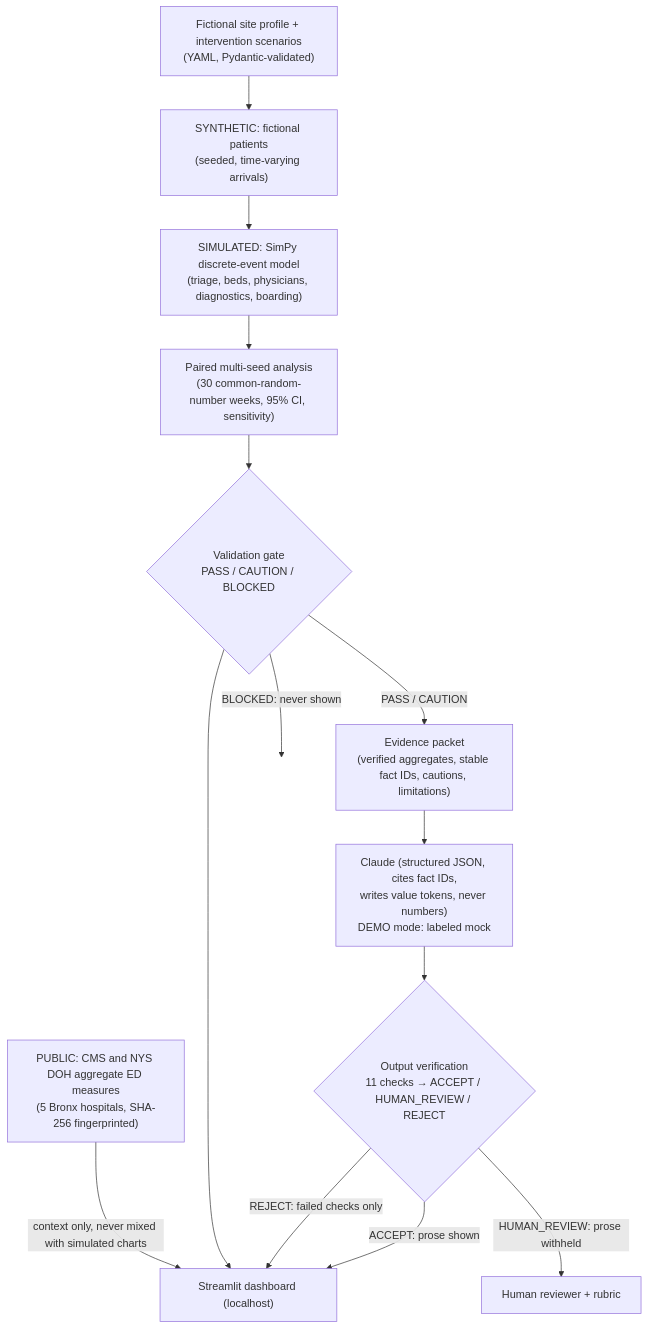
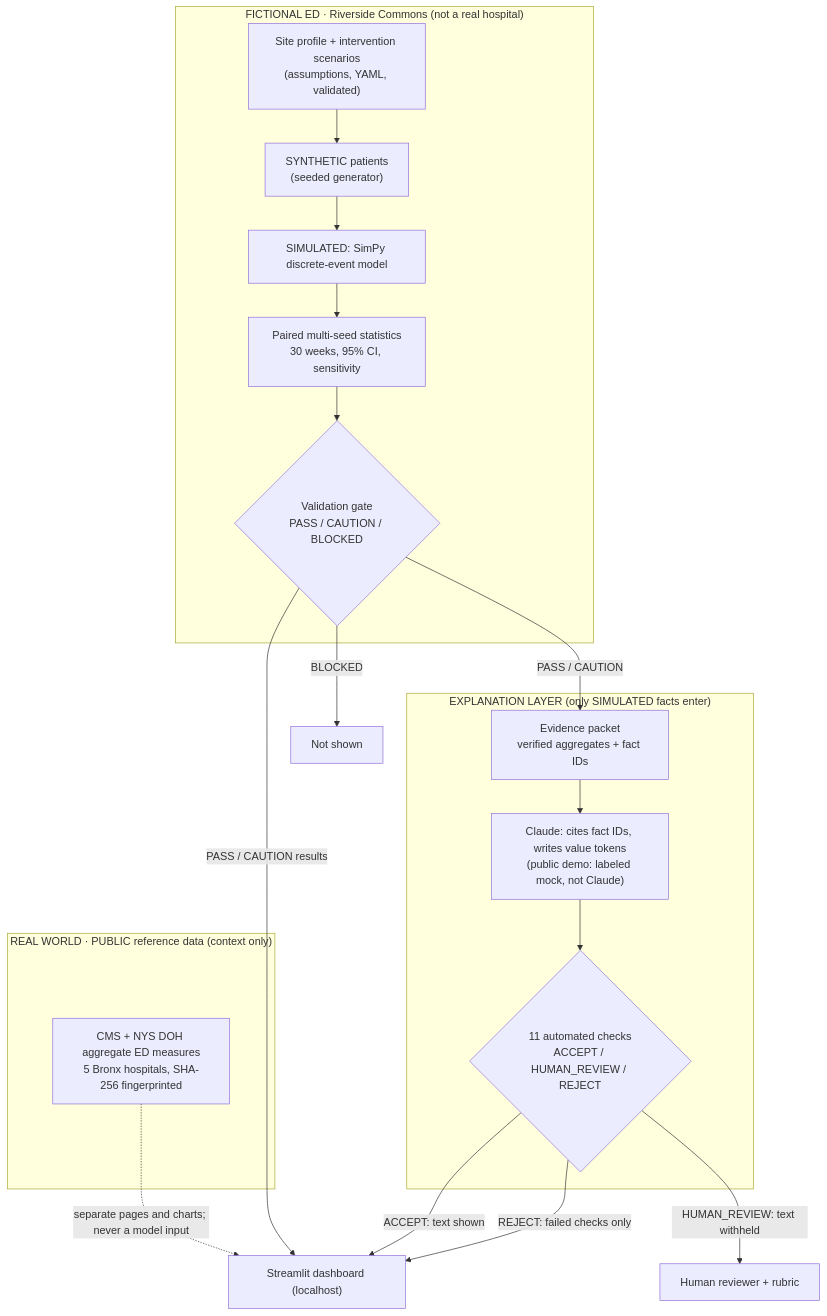
Before and after one commit to almacarolina21/beyond-the-wait: the diagram in README.md, drawn with Mermaid. The commit also changed other lines of this file and 6 other files, not shown here.

First line of the commit message:
Release corrections: data licensing, crosswalk wording, diagram, ACCEPT caveat

````diff
--- a/README.md
+++ b/README.md
@@ -83,24 +90,34 @@
 ```mermaid
 flowchart TD
-    PUB["PUBLIC: CMS and NYS DOH aggregate ED measures<br/>(5 Bronx hospitals, SHA-256 fingerprinted)"]
-    CFG["Fictional site profile + intervention scenarios<br/>(YAML, Pydantic-validated)"]
-    SYN["SYNTHETIC: fictional patients<br/>(seeded, time-varying arrivals)"]
-    SIM["SIMULATED: SimPy discrete-event model<br/>(triage, beds, physicians, diagnostics, boarding)"]
-    STAT["Paired multi-seed analysis<br/>(30 common-random-number weeks, 95% CI, sensitivity)"]
-    GATE{"Validation gate<br/>PASS / CAUTION / BLOCKED"}
-    PKT["Evidence packet<br/>(verified aggregates, stable fact IDs, cautions, limitations)"]
-    LLM["Claude (structured JSON, cites fact IDs,<br/>writes value tokens, never numbers)<br/>DEMO mode: labeled mock"]
-    VER{"Output verification<br/>11 checks → ACCEPT / HUMAN_REVIEW / REJECT"}
+    subgraph REAL["REAL WORLD · PUBLIC reference data (context only)"]
+        PUB["CMS + NYS DOH aggregate ED measures<br/>5 Bronx hospitals, SHA-256 fingerprinted"]
+    end
+
+    subgraph FICT["FICTIONAL ED · Riverside Commons (not a real hospital)"]
+        CFG["Site profile + intervention scenarios<br/>(assumptions, YAML, validated)"]
+        SYN["SYNTHETIC patients<br/>(seeded generator)"]
+        SIM["SIMULATED: SimPy discrete-event model"]
+        STAT["Paired multi-seed statistics<br/>30 weeks, 95% CI, sensitivity"]
+        GATE{"Validation gate<br/>PASS / CAUTION / BLOCKED"}
+        CFG --> SYN --> SIM --> STAT --> GATE
+    end
+
+    subgraph AI["EXPLANATION LAYER (only SIMULATED facts enter)"]
+        PKT["Evidence packet<br/>verified aggregates + fact IDs"]
+        LLM["Claude: cites fact IDs, writes value tokens<br/>(public demo: labeled mock, not Claude)"]
+        VER{"11 automated checks<br/>ACCEPT / HUMAN_REVIEW / REJECT"}
+        PKT --> LLM --> VER
+    end
+
     UI["Streamlit dashboard (localhost)"]
     HUM["Human reviewer + rubric"]
+    NOPE["Not shown"]
 
-    CFG --> SYN --> SIM --> STAT --> GATE
-    GATE -- "BLOCKED: never shown" --> X[" "]
-    GATE -- "PASS / CAUTION" --> PKT --> LLM --> VER
-    VER -- "ACCEPT: prose shown" --> UI
-    VER -- "HUMAN_REVIEW: prose withheld" --> HUM
+    PUB -. "separate pages and charts; never a model input" .-> UI
+    GATE -- "PASS / CAUTION results" --> UI
+    GATE -- "BLOCKED" --> NOPE
+    GATE -- "PASS / CAUTION" --> PKT
+    VER -- "ACCEPT: text shown" --> UI
+    VER -- "HUMAN_REVIEW: text withheld" --> HUM
     VER -- "REJECT: failed checks only" --> UI
-    GATE --> UI
-    PUB -- "context only, never mixed with simulated charts" --> UI
-    style X fill:none,stroke:none
 ```
````
